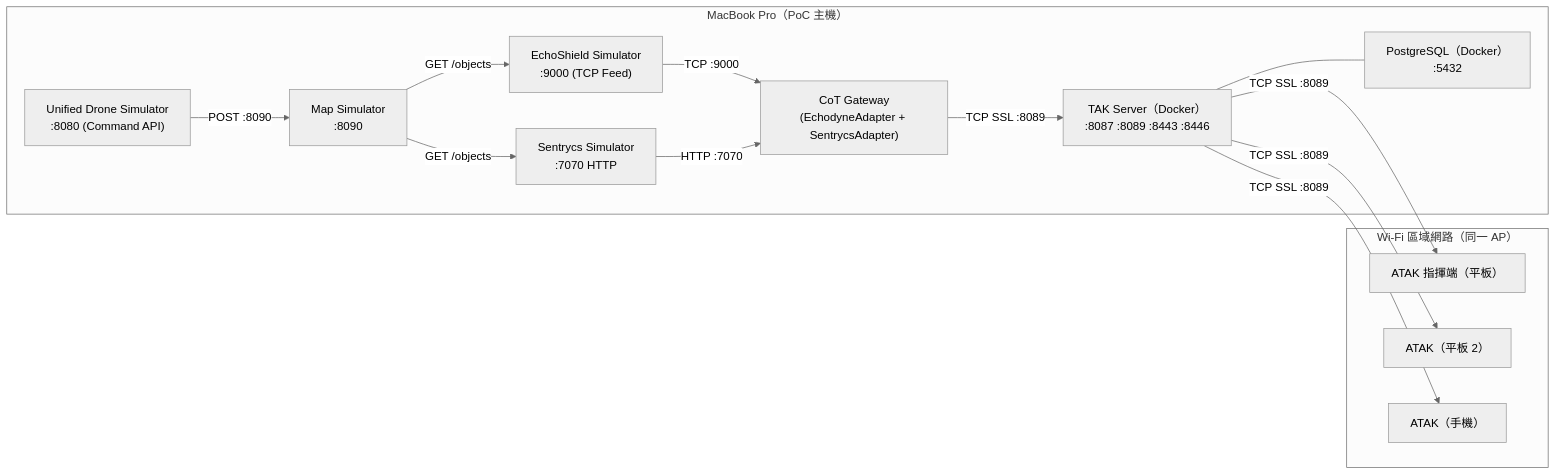
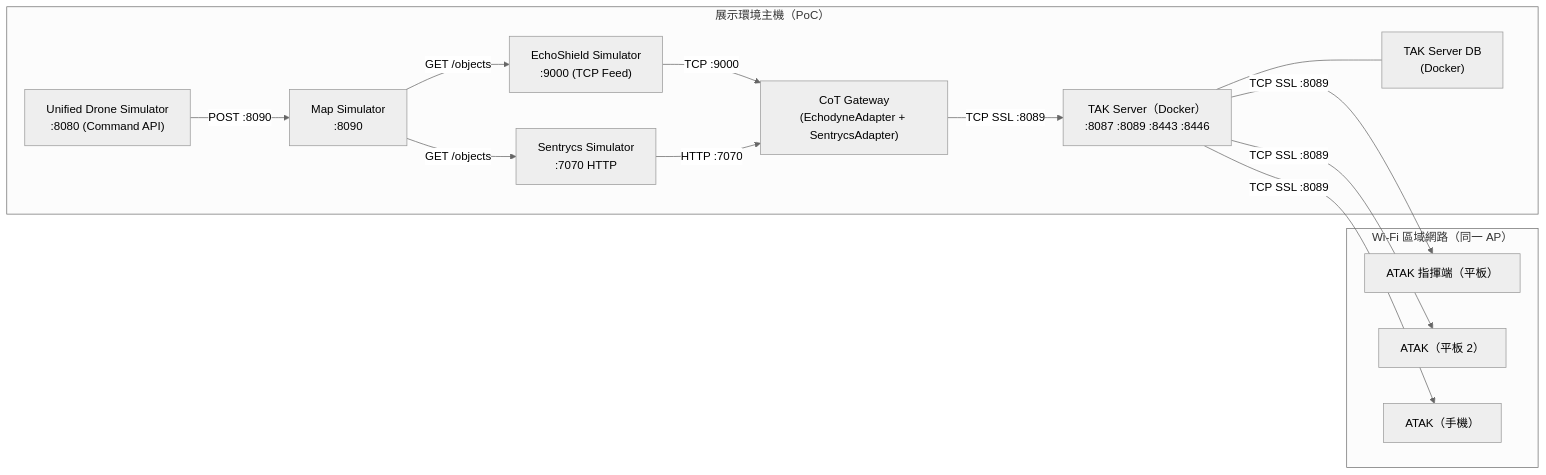
The fourth of 4 diagrams in docs/system-docs/01-system-architecture.md (aplool-tw/cics-tak-demo), drawn with Mermaid (neutral theme) before and after one commit. The commit also changed other lines of this file and 6 other files, not shown here.

First line of the commit message:
docs(system-docs): remove MacBook Pro specifics and PostgreSQL emphasis

````diff
--- a/docs/system-docs/01-system-architecture.md
+++ b/docs/system-docs/01-system-architecture.md
@@ -293,29 +293,29 @@
 ```mermaid
 flowchart LR
-    subgraph MACBOOK["MacBook Pro（PoC 主機）"]
+    subgraph MACBOOK["展示環境主機（PoC）"]
         UDS["Unified Drone Simulator\n:8080 (Command API)"]
         MS["Map Simulator\n:8090"]
         ES_SIM2["EchoShield Simulator\n:9000 (TCP Feed)"]
         SC["Sentrycs Simulator\n:7070 HTTP"]
         GW["CoT Gateway\n(EchodyneAdapter + SentrycsAdapter)"]
         TAKSVR["TAK Server（Docker）\n:8087 :8089 :8443 :8446"]
-        PSQL["PostgreSQL（Docker）\n:5432"]
+        PSQL["TAK Server DB\n(Docker)"]
     end
 
     subgraph WIFI["Wi-Fi 區域網路（同一 AP）"]
         AT_C["ATAK 指揮端（平板）"]
         AT_T["ATAK（平板 2）"]
         AP["ATAK（手機）"]
     end
 
     UDS -->|"POST :8090"| MS
     MS -->|"GET /objects"| ES_SIM2
     MS -->|"GET /objects"| SC
     ES_SIM2 -->|"TCP :9000"| GW
     SC -->|"HTTP :7070"| GW
     GW -->|"TCP SSL :8089"| TAKSVR
     TAKSVR --- PSQL
-    TAKSVR -->|"TCP SSL :8089\n<MacBook-LAN-IP>"| AT_C
-    TAKSVR -->|"TCP SSL :8089\n<MacBook-LAN-IP>"| AT_T
-    TAKSVR -->|"TCP SSL :8089\n<MacBook-LAN-IP>"| AP
+    TAKSVR -->|"TCP SSL :8089\n<HOST-LAN-IP>"| AT_C
+    TAKSVR -->|"TCP SSL :8089\n<HOST-LAN-IP>"| AT_T
+    TAKSVR -->|"TCP SSL :8089\n<HOST-LAN-IP>"| AP
 ```
````
